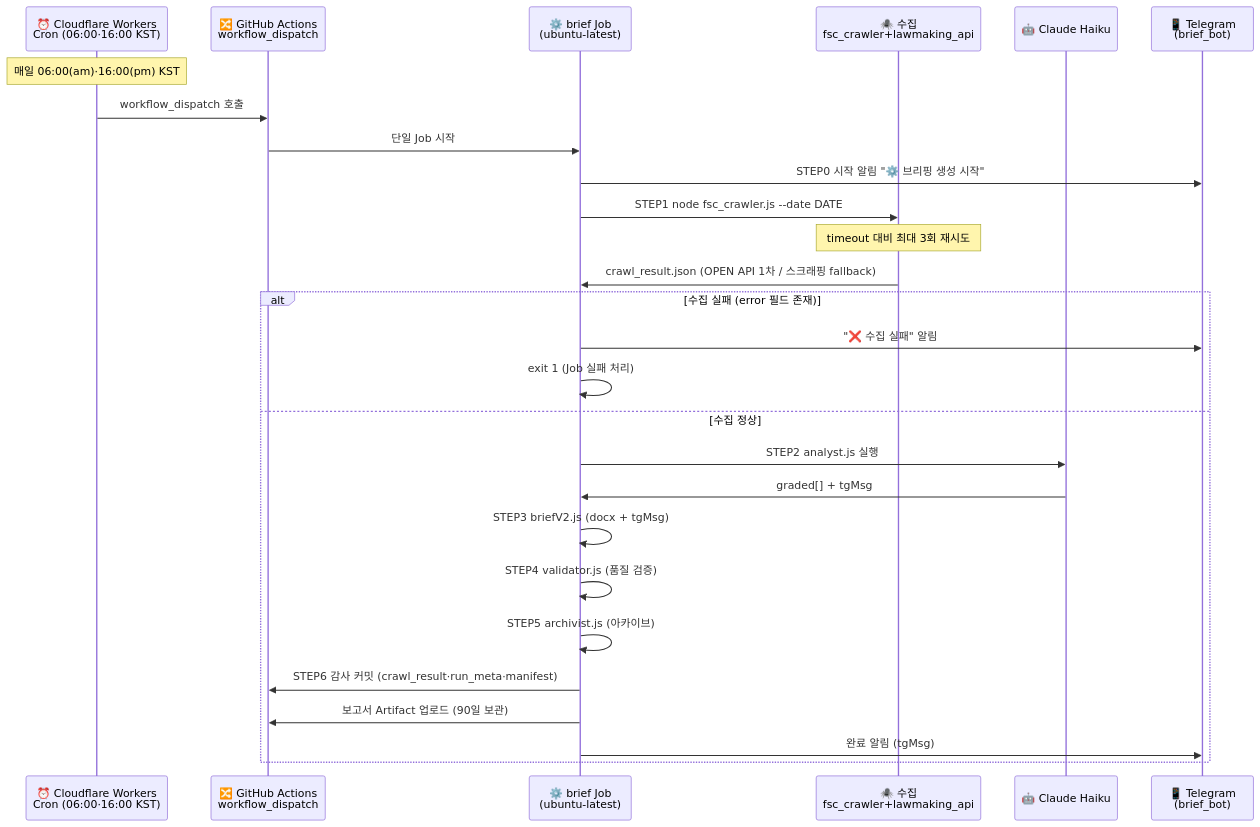
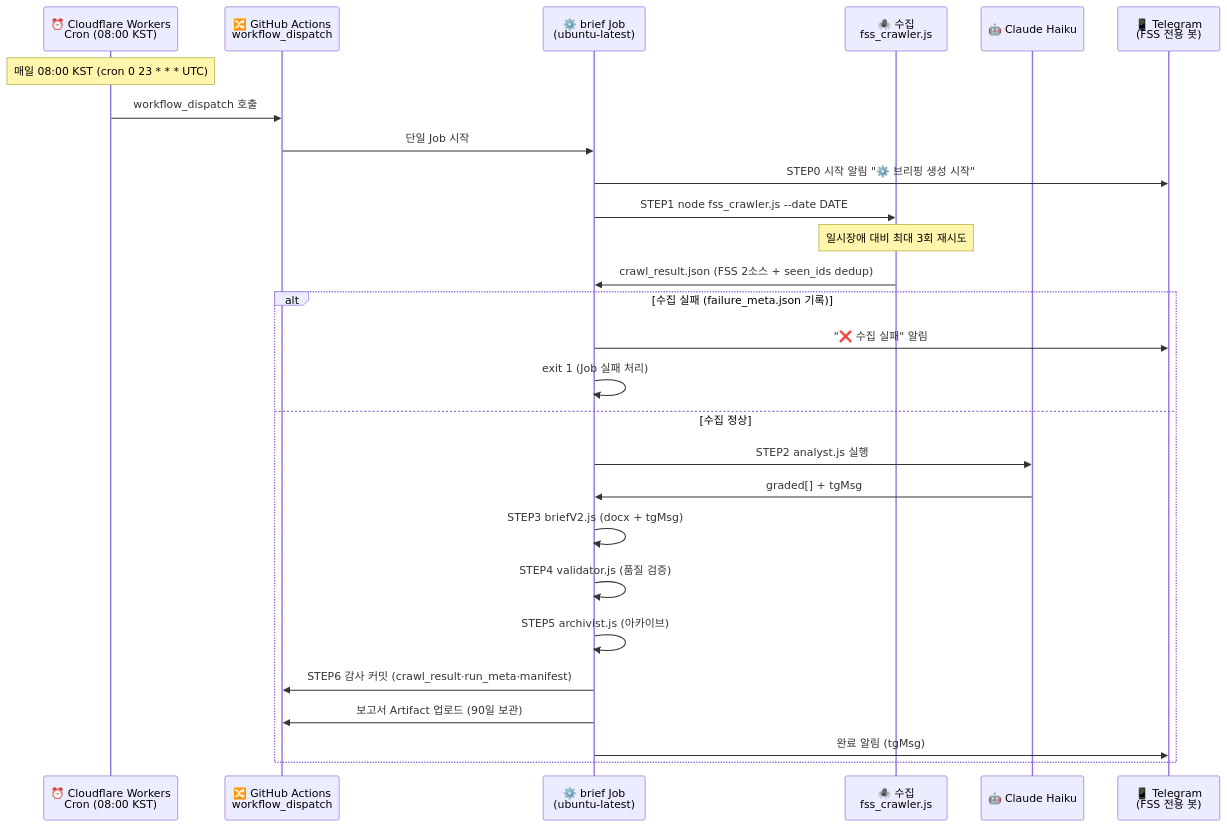
One commit to pyorocop-lang/ibk-FSS-brief changed the diagram in docs/workflow.md. Above: the diagram before and after it, drawn with Mermaid. The commit also changed other lines of this file and 23 other files, not shown here.

````diff
--- a/docs/workflow.md
+++ b/docs/workflow.md
@@ -17,30 +18,30 @@
 ```mermaid
 sequenceDiagram
-    participant CRON as ⏰ Cloudflare Workers<br>Cron (06:00·16:00 KST)
+    participant CRON as ⏰ Cloudflare Workers<br>Cron (08:00 KST)
     participant GH as 🔀 GitHub Actions<br>workflow_dispatch
     participant JOB as ⚙️ brief Job<br>(ubuntu-latest)
-    participant CRAWLER as 🕷️ 수집<br>fsc_crawler+lawmaking_api
+    participant CRAWLER as 🕷️ 수집<br>fss_crawler.js
     participant CLAUDE as 🤖 Claude Haiku
-    participant TG as 📱 Telegram<br>(brief_bot)
+    participant TG as 📱 Telegram<br>(FSS 전용 봇)
 
-    Note over CRON: 매일 06:00(am)·16:00(pm) KST
+    Note over CRON: 매일 08:00 KST (cron 0 23 * * * UTC)
     CRON->>GH: workflow_dispatch 호출
     GH->>JOB: 단일 Job 시작
     JOB->>TG: STEP0 시작 알림 "⚙️ 브리핑 생성 시작"
-    JOB->>CRAWLER: STEP1 node fsc_crawler.js --date DATE
-    Note over CRAWLER: timeout 대비 최대 3회 재시도
-    CRAWLER->>JOB: crawl_result.json (OPEN API 1차 / 스크래핑 fallback)
-    alt 수집 실패 (error 필드 존재)
+    JOB->>CRAWLER: STEP1 node fss_crawler.js --date DATE
+    Note over CRAWLER: 일시장애 대비 최대 3회 재시도
+    CRAWLER->>JOB: crawl_result.json (FSS 2소스 + seen_ids dedup)
+    alt 수집 실패 (failure_meta.json 기록)
         JOB->>TG: "❌ 수집 실패" 알림
         JOB->>JOB: exit 1 (Job 실패 처리)
     else 수집 정상
         JOB->>CLAUDE: STEP2 analyst.js 실행
         CLAUDE->>JOB: graded[] + tgMsg
         JOB->>JOB: STEP3 briefV2.js (docx + tgMsg)
         JOB->>JOB: STEP4 validator.js (품질 검증)
         JOB->>JOB: STEP5 archivist.js (아카이브)
         JOB->>GH: STEP6 감사 커밋 (crawl_result·run_meta·manifest)
         JOB->>GH: 보고서 Artifact 업로드 (90일 보관)
         JOB->>TG: 완료 알림 (tgMsg)
     end
 ```
````
